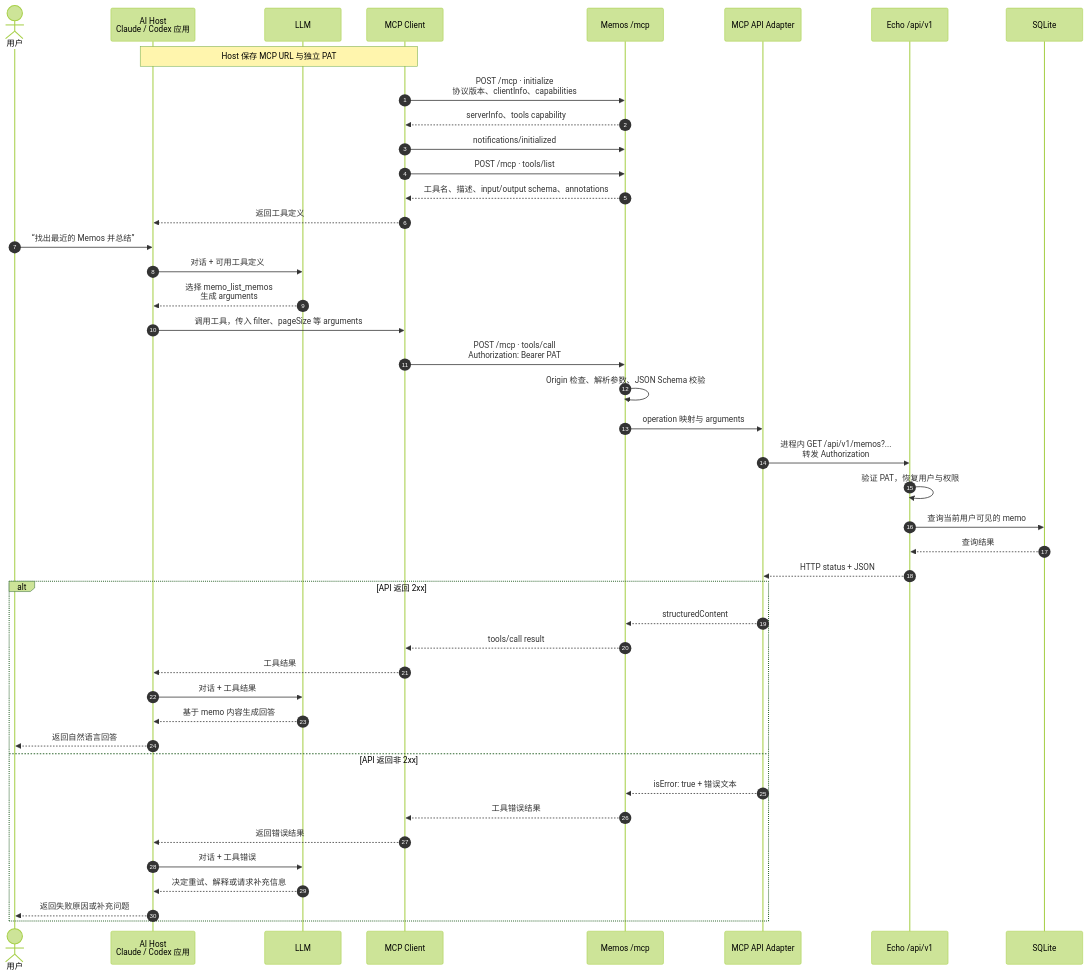
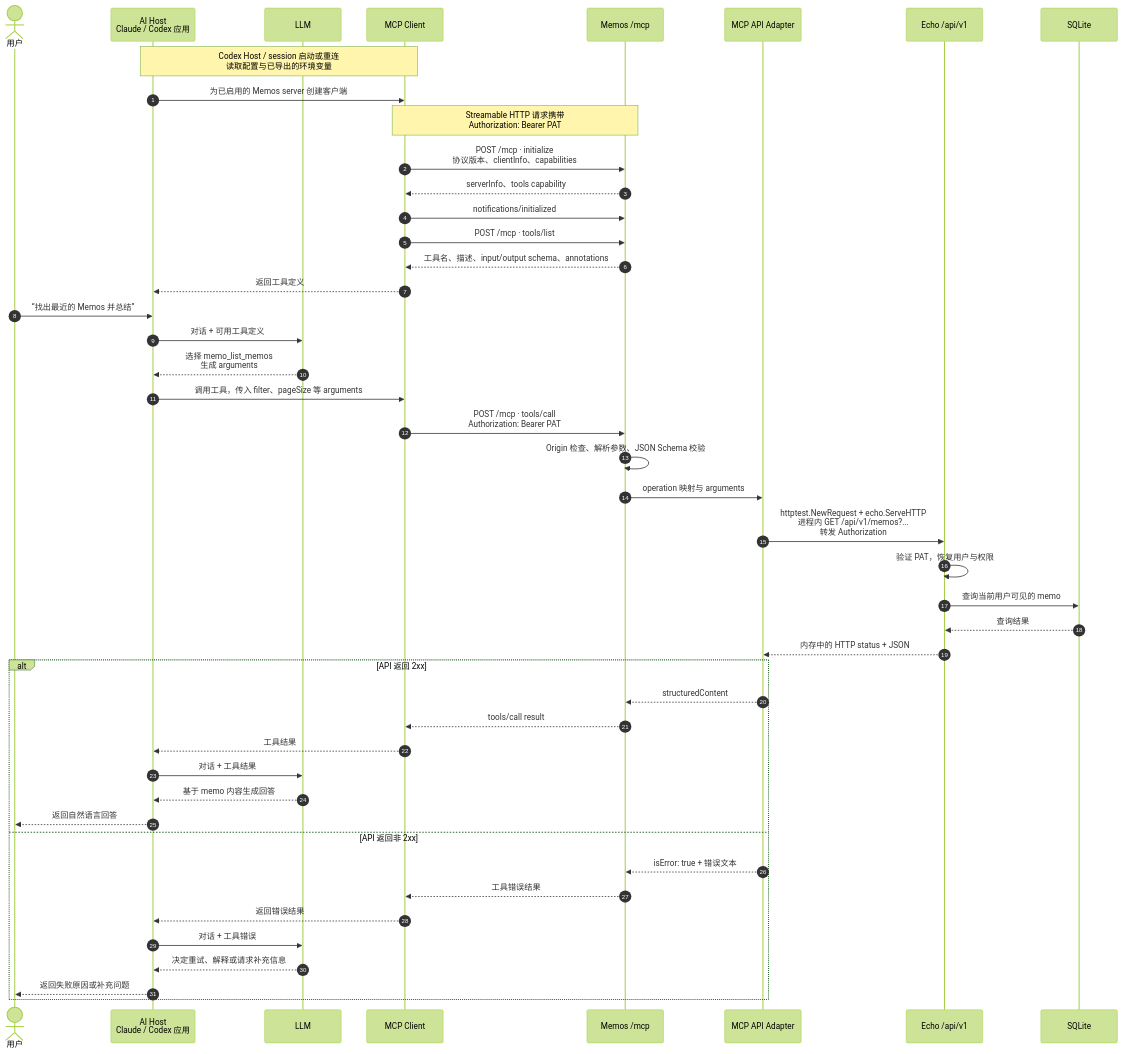
The third of 3 diagrams in _life/2026-09-01-memos-docker-upgrade-api-mcp.md (puppylpg/puppylpg.github.io), drawn with Mermaid (forest theme) before and after one commit. The commit also changed other lines of this file, not shown here.

Commit message:
docs: expand Memos MCP PAT guidance

````diff
--- a/_life/2026-09-01-memos-docker-upgrade-api-mcp.md
+++ b/_life/2026-09-01-memos-docker-upgrade-api-mcp.md
@@ -264,49 +287,51 @@
 ```mermaid
 sequenceDiagram
     autonumber
     actor U as 用户
     participant H as AI Host<br/>Claude / Codex 应用
     participant L as LLM
     participant C as MCP Client
     participant M as Memos /mcp
     participant A as MCP API Adapter
     participant R as Echo /api/v1
     participant D as SQLite
 
-    Note over H,C: Host 保存 MCP URL 与独立 PAT
+    Note over H,C: Codex Host / session 启动或重连<br/>读取配置与已导出的环境变量
+    H->>C: 为已启用的 Memos server 创建客户端
+    Note over C,M: Streamable HTTP 请求携带<br/>Authorization: Bearer PAT
     C->>M: POST /mcp · initialize<br/>协议版本、clientInfo、capabilities
     M-->>C: serverInfo、tools capability
     C->>M: notifications/initialized
     C->>M: POST /mcp · tools/list
     M-->>C: 工具名、描述、input/output schema、annotations
     C-->>H: 返回工具定义
 
     U->>H: “找出最近的 Memos 并总结”
     H->>L: 对话 + 可用工具定义
     L-->>H: 选择 memo_list_memos<br/>生成 arguments
     H->>C: 调用工具，传入 filter、pageSize 等 arguments
     C->>M: POST /mcp · tools/call<br/>Authorization: Bearer PAT
     M->>M: Origin 检查、解析参数、JSON Schema 校验
     M->>A: operation 映射与 arguments
-    A->>R: 进程内 GET /api/v1/memos?...<br/>转发 Authorization
+    A->>R: httptest.NewRequest + echo.ServeHTTP<br/>进程内 GET /api/v1/memos?...<br/>转发 Authorization
     R->>R: 验证 PAT，恢复用户与权限
     R->>D: 查询当前用户可见的 memo
     D-->>R: 查询结果
-    R-->>A: HTTP status + JSON
+    R-->>A: 内存中的 HTTP status + JSON
 
     alt API 返回 2xx
         A-->>M: structuredContent
         M-->>C: tools/call result
         C-->>H: 工具结果
         H->>L: 对话 + 工具结果
         L-->>H: 基于 memo 内容生成回答
         H-->>U: 返回自然语言回答
     else API 返回非 2xx
         A-->>M: isError: true + 错误文本
         M-->>C: 工具错误结果
         C-->>H: 返回错误结果
         H->>L: 对话 + 工具错误
         L-->>H: 决定重试、解释或请求补充信息
         H-->>U: 返回失败原因或补充问题
     end
 ```
````
